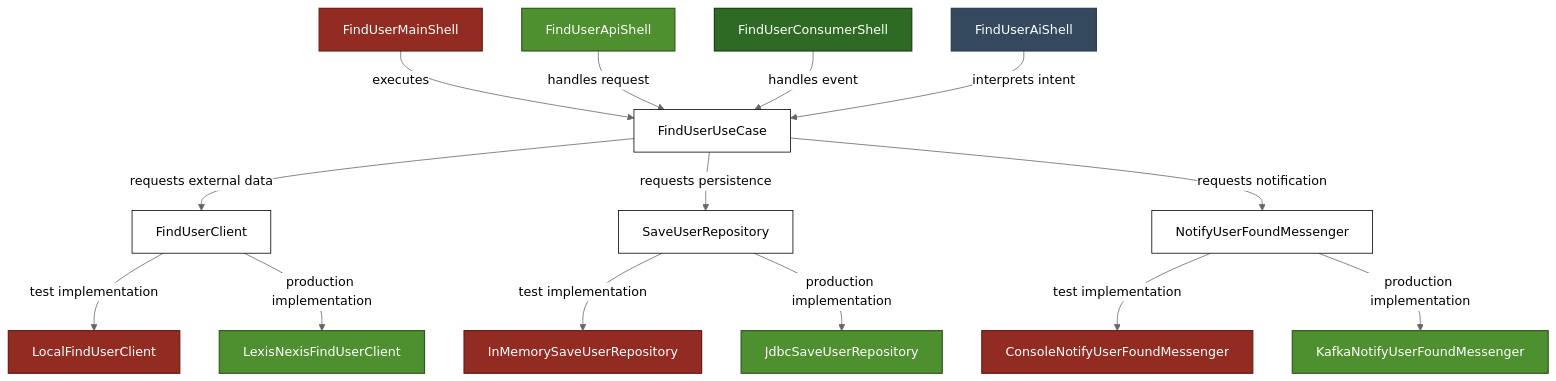
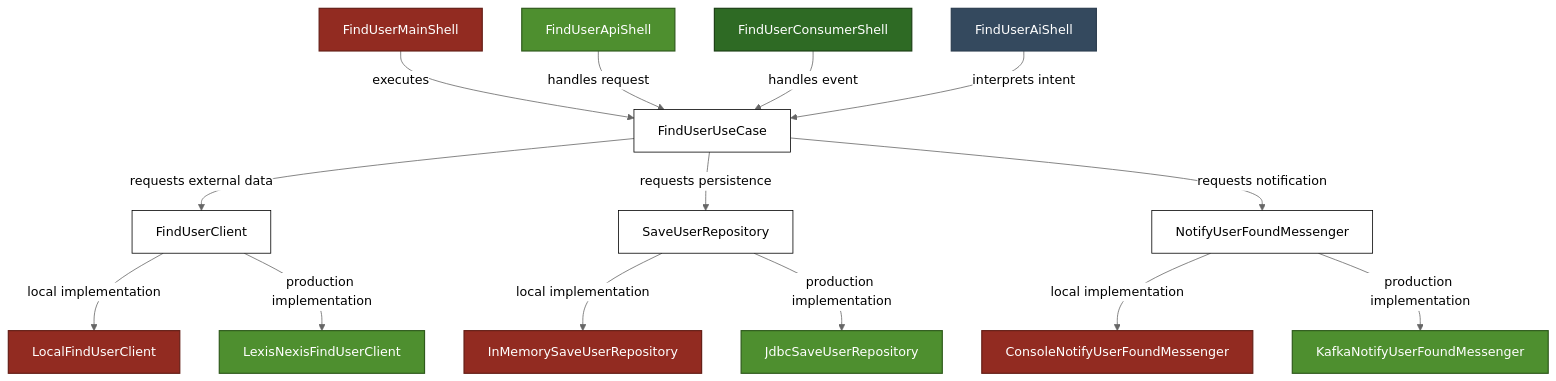
One commit to hermi-projects/hermi changed the diagram in README.md. Above: the diagram before and after it, drawn with Mermaid (neutral theme).

Commit message:
docs: Replace TestShell with MainShell.

````diff
--- a/README.md
+++ b/README.md
@@ -561,43 +561,43 @@
 ```mermaid
 graph TD
     %% Main Shell
     A[FindUserMainShell] -->|executes| U[FindUserUseCase]
 
     %% API Shell
     B[FindUserApiShell] -->|handles request| U
 
     %% Consumer Shell
     C[FindUserConsumerShell] -->|handles event| U
 
     %% AI Shell (New Entry Point)
     D_AI[FindUserAiShell] -->|interprets intent| U
 
     %% Use Case -> Contracts
     U -->|requests external data| D[FindUserClient]
     U -->|requests persistence| E[SaveUserRepository]
     U -->|requests notification| F[NotifyUserFoundMessenger]
 
-    %% Test Implementations
-    D -->|test implementation| G[LocalFindUserClient]
-    E -->|test implementation| H[InMemorySaveUserRepository]
-    F -->|test implementation| I[ConsoleNotifyUserFoundMessenger]
+    %% Local Implementations
+    D -->|local implementation| G[LocalFindUserClient]
+    E -->|local implementation| H[InMemorySaveUserRepository]
+    F -->|local implementation| I[ConsoleNotifyUserFoundMessenger]
 
     %% Production Implementations
     D -->|production implementation| J[LexisNexisFindUserClient]
     E -->|production implementation| K[JdbcSaveUserRepository]
     F -->|production implementation| L[KafkaNotifyUserFoundMessenger]
 
     %% Styling
-    classDef test fill:#922B21,color:#FFFFFF,stroke:#641E16,stroke-width:1.5px
+    classDef local fill:#922B21,color:#FFFFFF,stroke:#641E16,stroke-width:1.5px
     classDef api fill:#4E8F2F,color:#FFFFFF,stroke:#2F5A1C,stroke-width:1.5px
     classDef consumer fill:#2E6A24,color:#FFFFFF,stroke:#1B3F15,stroke-width:1.5px
     classDef ai fill:#34495E,color:#FFFFFF,stroke:#2C3E50,stroke-width:1.5px
     classDef core fill:#FFFFFF,color:#000000,stroke:#000000,stroke-width:1px
 
     %% Assign classes
-    class A,G,H,I test
+    class A,G,H,I local
     class B,J,K,L api
     class C consumer
     class D_AI ai
     class U,D,E,F core
 ```
````
